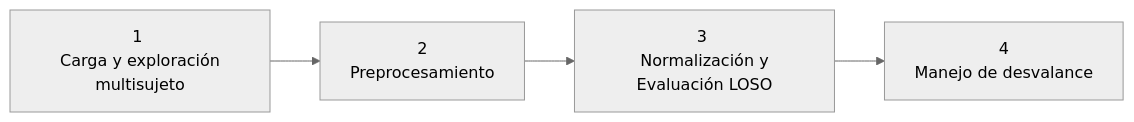
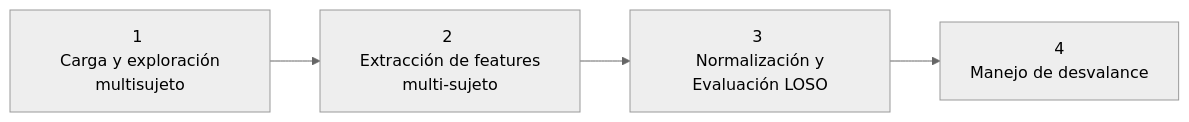
The third of 5 diagrams in docs/notes.md (NaTHuber/wesad-stress-classifier), drawn with Mermaid (neutral theme) before and after one commit. The commit also changed other lines of this file and 2 other files, not shown here.

Commit message:
[add]: Se añade paso 2 de la etapa 2 del proyecto -  Extracción de features multi-sujeto

````diff
--- a/docs/notes.md
+++ b/docs/notes.md
@@ -235,6 +235,6 @@
   ```mermaid
     graph LR 
-      A[1 <br> Carga y exploración multisujeto]-->B[ 2 <br> Preprocesamiento]
+      A[1 <br> Carga y exploración multisujeto]-->B[ 2 <br> Extracción de features multi-sujeto]
       B-->C[3 <br> Normalización y Evaluación LOSO]
       C-->D[4 <br> Manejo de desvalance]
   ```
````
